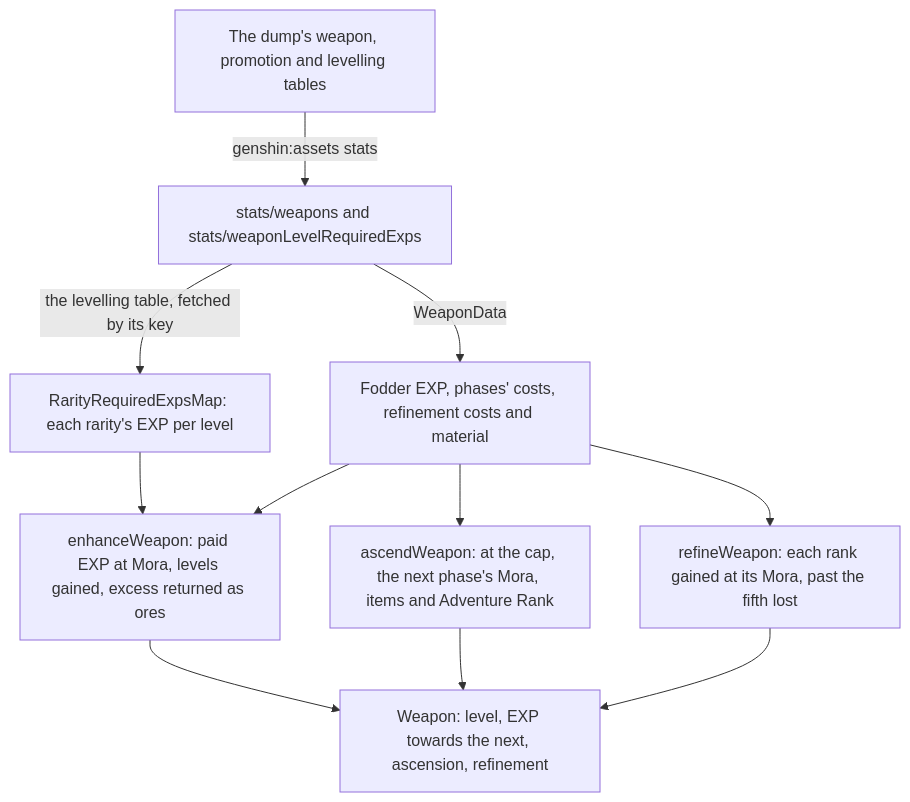
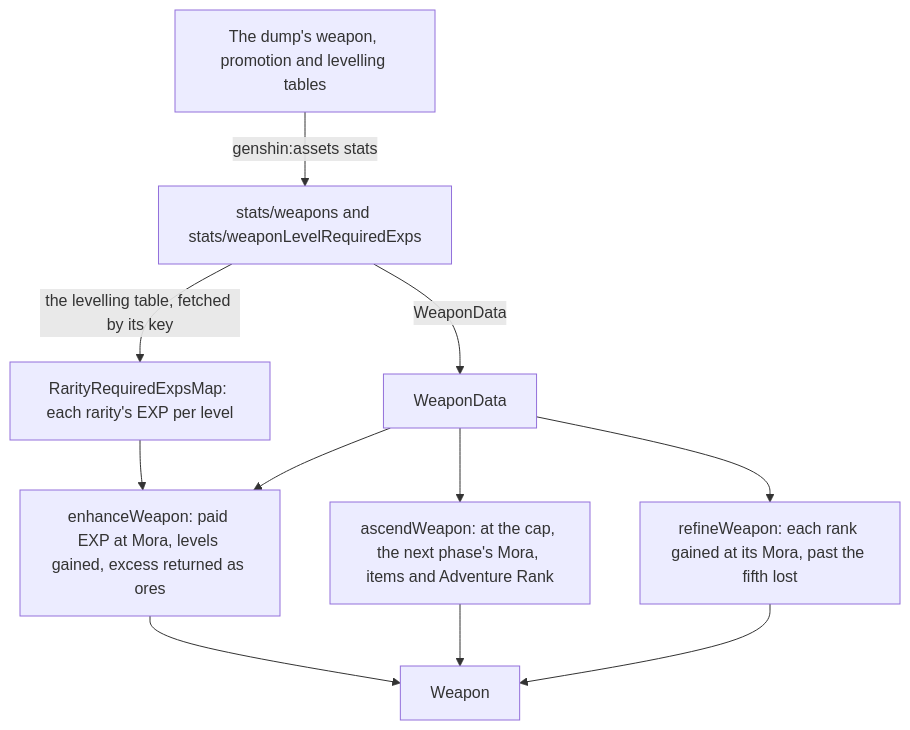
One commit to Esposter/Esposter changed the diagram in openspec/specs/genshin/weapon-enhancement/design.md. Above: the diagram before and after it, drawn with Mermaid. The commit also changed other lines of this file and 9 other files, not shown here.

````diff
--- a/openspec/specs/genshin/weapon-enhancement/design.md
+++ b/openspec/specs/genshin/weapon-enhancement/design.md
@@ -7,13 +7,13 @@
 ```mermaid
 flowchart TD
   DUMP["The dump's weapon, promotion and levelling tables"] -->|"genshin:assets stats"| TABLES["stats/weapons and stats/weaponLevelRequiredExps"]
   TABLES -->|"the levelling table, fetched by its key"| REQUIRED["RarityRequiredExpsMap: each rarity's EXP per level"]
-  TABLES -->|"WeaponData"| DATA["Fodder EXP, phases' costs, refinement costs and material"]
+  TABLES -->|"WeaponData"| DATA["WeaponData"]
   REQUIRED --> ENHANCE["enhanceWeapon: paid EXP at Mora, levels gained, excess returned as ores"]
   DATA --> ENHANCE
   DATA --> ASCEND["ascendWeapon: at the cap, the next phase's Mora, items and Adventure Rank"]
   DATA --> REFINE["refineWeapon: each rank gained at its Mora, past the fifth lost"]
-  ENHANCE --> WEAPON["Weapon: level, EXP towards the next, ascension, refinement"]
+  ENHANCE --> WEAPON["Weapon"]
   ASCEND --> WEAPON
   REFINE --> WEAPON
 ```
````
